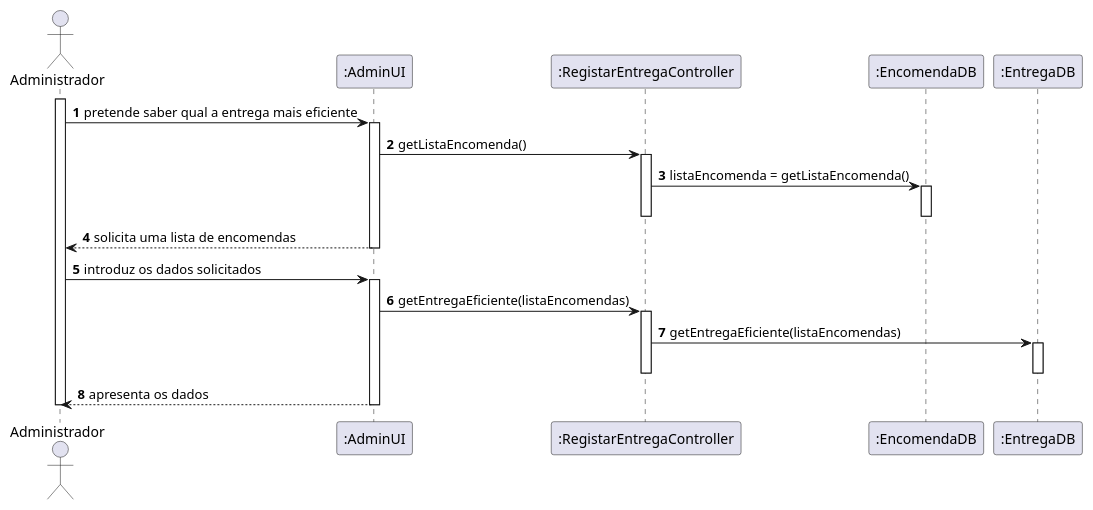
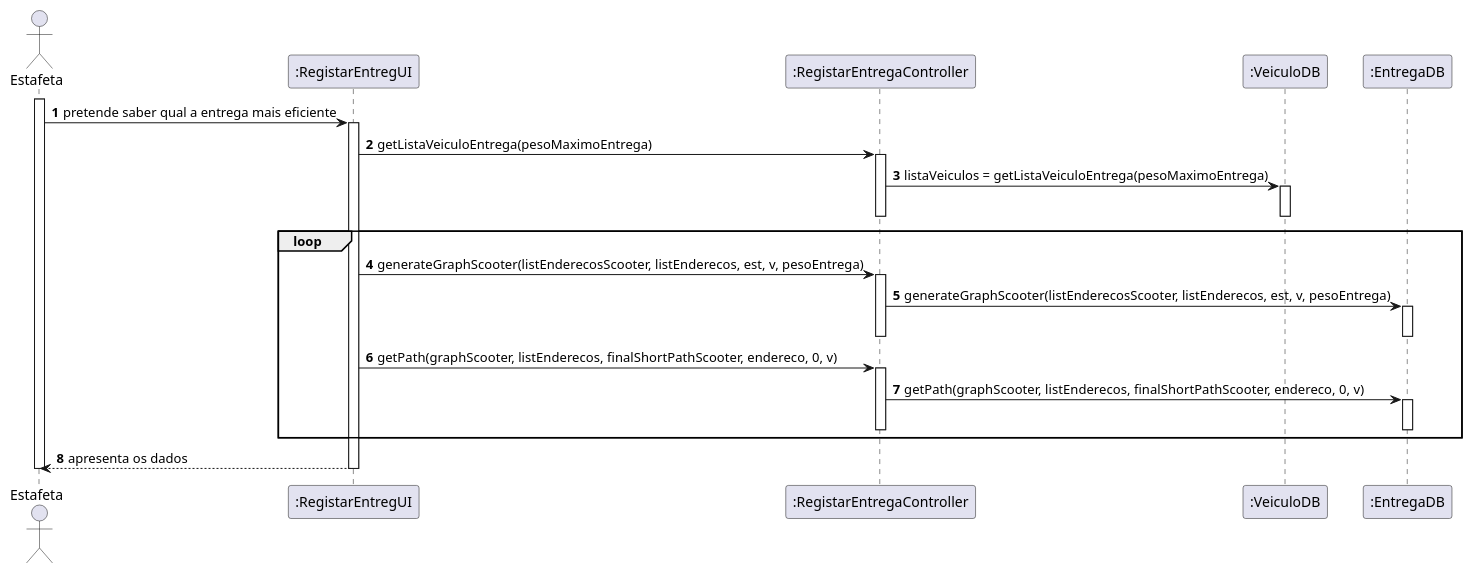
The diagram in docs/UC197/EntregaEficienteSD.puml (pedrolemos4/LAPR3), drawn with PlantUML before and after one commit. The commit also changed 7 other files, not shown here.

Commit message:
LAP3AP4-213 #close Entrega Eficiente [Design]

```diff
--- a/docs/UC197/EntregaEficienteSD.puml
+++ b/docs/UC197/EntregaEficienteSD.puml
@@ -1,39 +1,41 @@
 @startuml
 autonumber
 
-actor "Administrador" as ADMIN
+actor "Estafeta" as ADMIN
 
-participant ":AdminUI" as UI
+participant ":RegistarEntregUI" as UI
 participant ":RegistarEntregaController" as CTRL
-participant ":EncomendaDB" as DRDB
+participant ":VeiculoDB" as DRDB
 participant ":EntregaDB" as ENDB
 
 
 
 activate ADMIN
 ADMIN -> UI : pretende saber qual a entrega mais eficiente
 activate UI
-UI -> CTRL : getListaEncomenda()
+UI -> CTRL : getListaVeiculoEntrega(pesoMaximoEntrega)
 activate CTRL
-CTRL -> DRDB : listaEncomenda = getListaEncomenda()
+CTRL -> DRDB : listaVeiculos = getListaVeiculoEntrega(pesoMaximoEntrega)
 activate DRDB
 deactivate DRDB
 deactivate CTRL
-  
-UI --> ADMIN : solicita uma lista de encomendas
-deactivate UI
-
-ADMIN -> UI : introduz os dados solicitados
-activate UI 
-UI -> CTRL : getEntregaEficiente(listaEncomendas)
+loop
+UI -> CTRL : generateGraphScooter(listEnderecosScooter, listEnderecos, est, v, pesoEntrega)
 activate CTRL
-CTRL -> ENDB : getEntregaEficiente(listaEncomendas)
+CTRL -> ENDB : generateGraphScooter(listEnderecosScooter, listEnderecos, est, v, pesoEntrega)
 activate ENDB
 deactivate ENDB
 deactivate CTRL
+UI -> CTRL : getPath(graphScooter, listEnderecos, finalShortPathScooter, endereco, 0, v)
+activate CTRL
+CTRL -> ENDB : getPath(graphScooter, listEnderecos, finalShortPathScooter, endereco, 0, v)
+activate ENDB
+deactivate ENDB
+deactivate CTRL
+end loop
 UI --> ADMIN : apresenta os dados
 deactivate UI
 
 deactivate ADMIN
 
 @enduml
```
